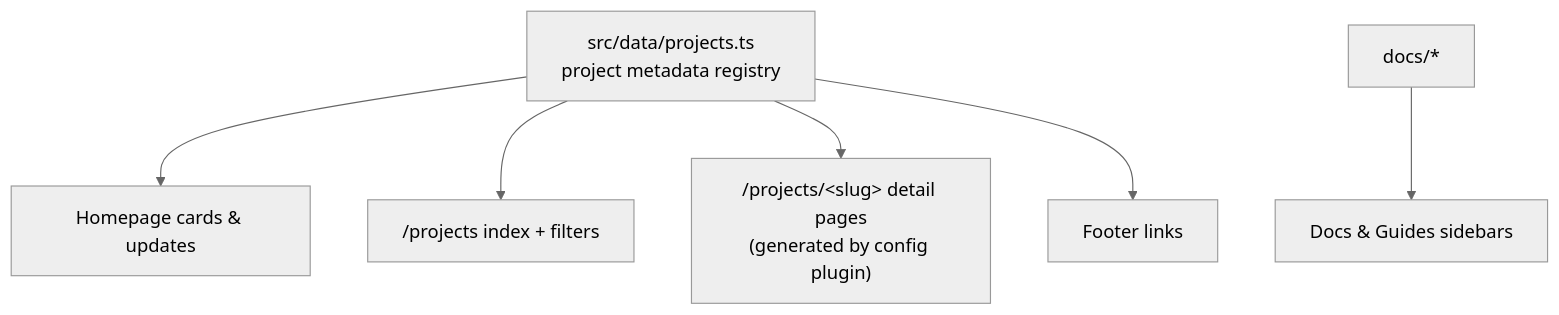
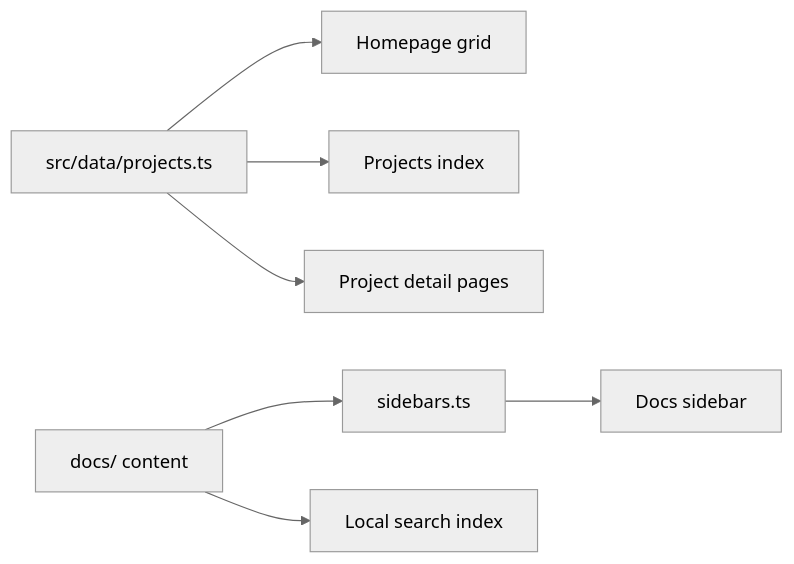
The diagram in docs/guides/developer-guide.md (kurtkluth/kurtkluth.dev), drawn with Mermaid (neutral theme) before and after one commit. The commit also changed other lines of this file and 104 other files, not shown here.

````diff
--- a/docs/guides/developer-guide.md
+++ b/docs/guides/developer-guide.md
@@ -16,8 +43,9 @@
 ```mermaid
-flowchart TD
-    M[src/data/projects.ts<br/>project metadata registry] --> H[Homepage cards & updates]
-    M --> P["/projects index + filters"]
-    M --> D["/projects/&lt;slug&gt; detail pages<br/>(generated by config plugin)"]
-    M --> F[Footer links]
-    Docs[docs/*] --> S[Docs & Guides sidebars]
+flowchart LR
+  P["src/data/projects.ts"] --> HG["Homepage grid"]
+  P --> PI["Projects index"]
+  P --> PD["Project detail pages"]
+  D["docs/ content"] --> SB["sidebars.ts"]
+  SB --> NAV["Docs sidebar"]
+  D --> SRCH["Local search index"]
 ```
````
